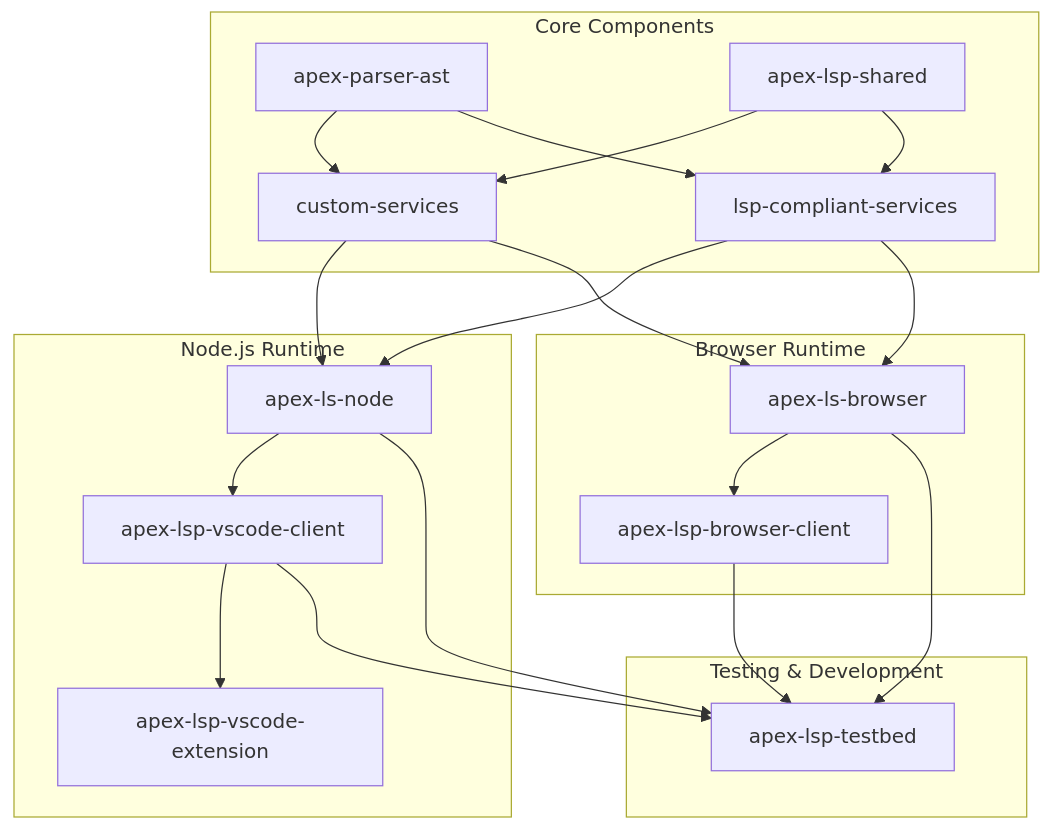
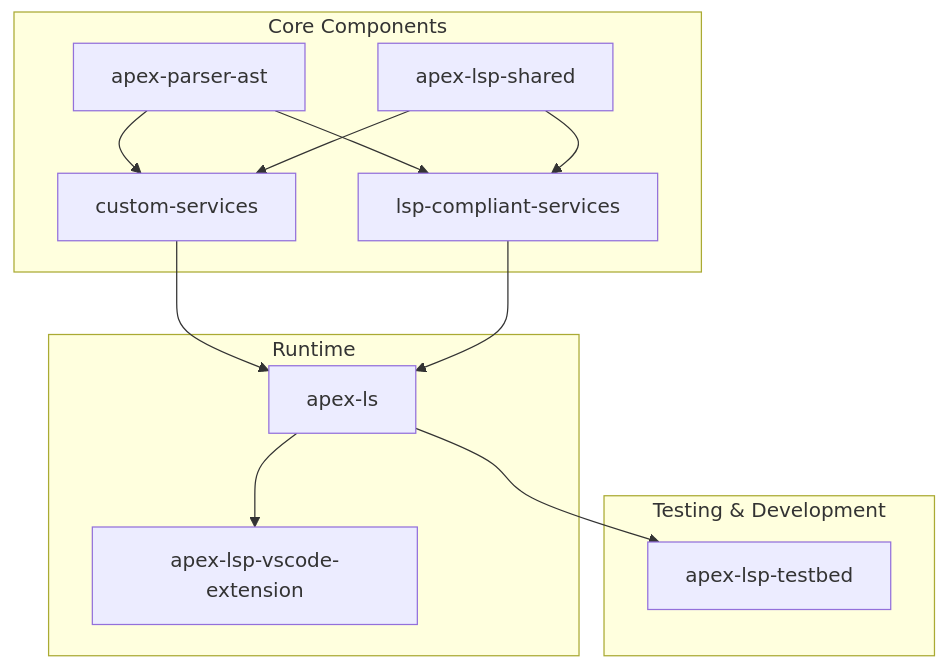
The diagram in README.md (forcedotcom/apex-language-support), drawn with Mermaid before and after one commit. The commit also changed other lines of this file and 190 other files, not shown here.

````diff
--- a/README.md
+++ b/README.md
@@ -11,47 +11,32 @@
 ```mermaid
 graph TD
     subgraph "Core Components"
         apex-parser-ast[apex-parser-ast]
         custom-services[custom-services]
         lsp-compliant-services[lsp-compliant-services]
         apex-lsp-shared[apex-lsp-shared]
     end
 
-    subgraph "Node.js Runtime"
-        apex-ls-node[apex-ls-node]
+    subgraph "Runtime"
+        apex-ls[apex-ls]
         apex-lsp-vscode-extension[apex-lsp-vscode-extension]
-        apex-lsp-vscode-client[apex-lsp-vscode-client]
-    end
-
-    subgraph "Browser Runtime"
-        apex-ls-browser[apex-ls-browser]
-        apex-lsp-browser-client[apex-lsp-browser-client]
     end
 
     subgraph "Testing & Development"
         apex-lsp-testbed[apex-lsp-testbed]
     end
 
     %% Core dependencies
     apex-parser-ast --> custom-services
     apex-parser-ast --> lsp-compliant-services
     apex-lsp-shared --> custom-services
     apex-lsp-shared --> lsp-compliant-services
 
-    %% Node.js implementation
-    custom-services --> apex-ls-node
-    lsp-compliant-services --> apex-ls-node
-    apex-ls-node --> apex-lsp-vscode-client
-    apex-lsp-vscode-client --> apex-lsp-vscode-extension
-
-    %% Browser implementation
-    custom-services --> apex-ls-browser
-    lsp-compliant-services --> apex-ls-browser
-    apex-ls-browser --> apex-lsp-browser-client
+    %% Runtime implementation
+    custom-services --> apex-ls
+    lsp-compliant-services --> apex-ls
+    apex-ls --> apex-lsp-vscode-extension
 
     %% Testing dependencies
-    apex-ls-node --> apex-lsp-testbed
-    apex-ls-browser --> apex-lsp-testbed
-    apex-lsp-vscode-client --> apex-lsp-testbed
-    apex-lsp-browser-client --> apex-lsp-testbed
+    apex-ls --> apex-lsp-testbed
 ```
````
